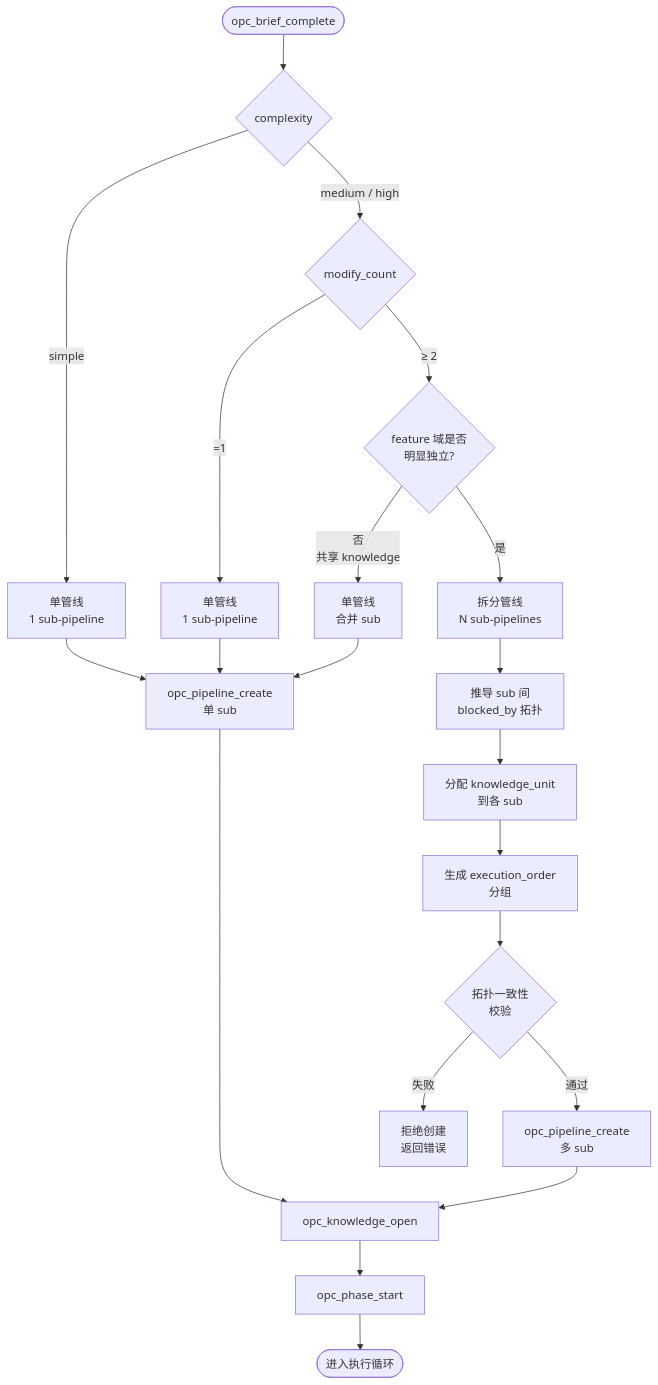
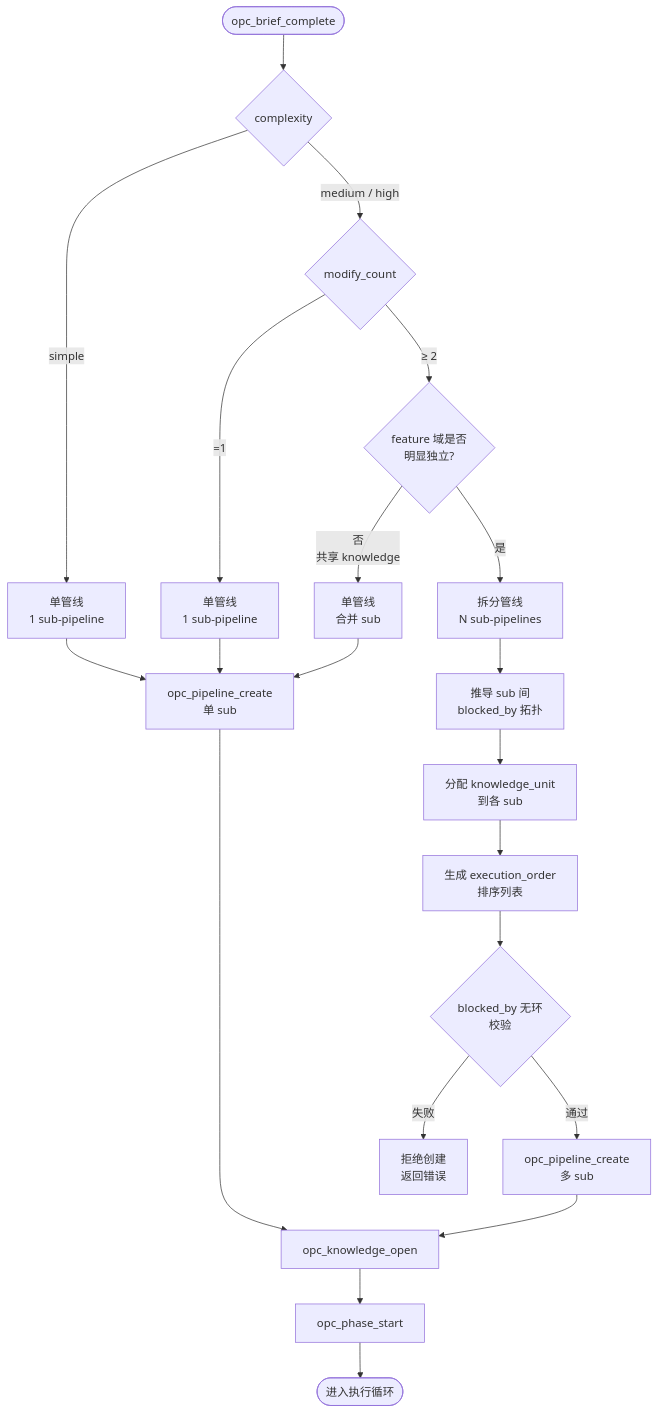
The second of 2 diagrams in doc/feature/02-opc-state-server/02-pipeline/00_overview.md (CaffeineOddity/opc-marketplace), drawn with Mermaid before and after one commit. The commit also changed other lines of this file and 46 other files, not shown here.

First line of the commit message:
docs: add reflection call-sequence contract + three-server seam matrix, align flow tools

````diff
--- a/doc/feature/02-opc-state-server/02-pipeline/00_overview.md
+++ b/doc/feature/02-opc-state-server/02-pipeline/00_overview.md
@@ -65,29 +65,29 @@
 ```mermaid
 flowchart TD
     Brief([opc_brief_complete]) --> Cx{complexity}
 
     Cx -->|simple| Single1[单管线<br/>1 sub-pipeline]
     Cx -->|medium / high| Mod{modify_count}
 
     Mod -->|=1| Single2[单管线<br/>1 sub-pipeline]
     Mod -->|≥ 2| FD{feature 域是否<br/>明显独立?}
 
     FD -->|否<br/>共享 knowledge| Single3[单管线<br/>合并 sub]
     FD -->|是| Split[拆分管线<br/>N sub-pipelines]
 
     Split --> Deps[推导 sub 间<br/>blocked_by 拓扑]
     Deps --> Allocate[分配 knowledge_unit<br/>到各 sub]
-    Allocate --> EO[生成 execution_order<br/>分组]
-    EO --> Topo{拓扑一致性<br/>校验}
+    Allocate --> EO[生成 execution_order<br/>排序列表]
+    EO --> Topo{blocked_by 无环<br/>校验}
     Topo -->|失败| Reject[拒绝创建<br/>返回错误]
     Topo -->|通过| CreateSplit[opc_pipeline_create<br/>多 sub]
 
     Single1 --> CreateSingle[opc_pipeline_create<br/>单 sub]
     Single2 --> CreateSingle
     Single3 --> CreateSingle
 
     CreateSingle --> KO[opc_knowledge_open]
     CreateSplit --> KO
     KO --> PS[opc_phase_start]
     PS --> EndE([进入执行循环])
 ```
````
